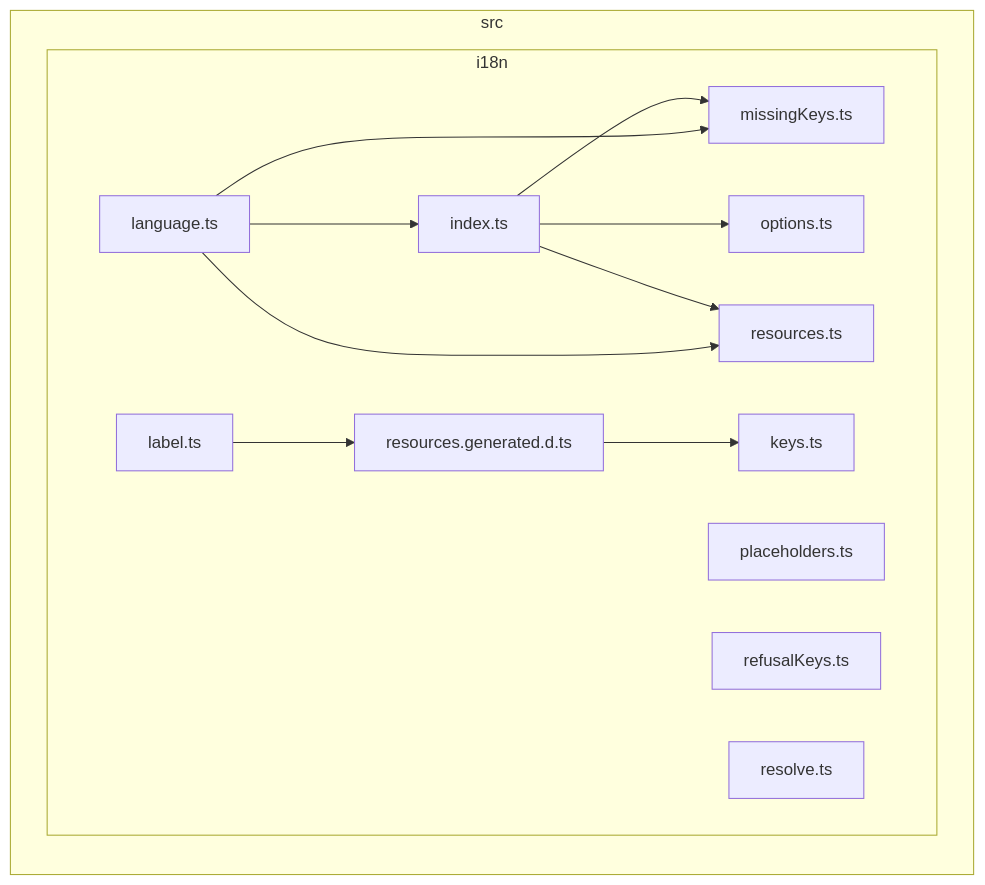
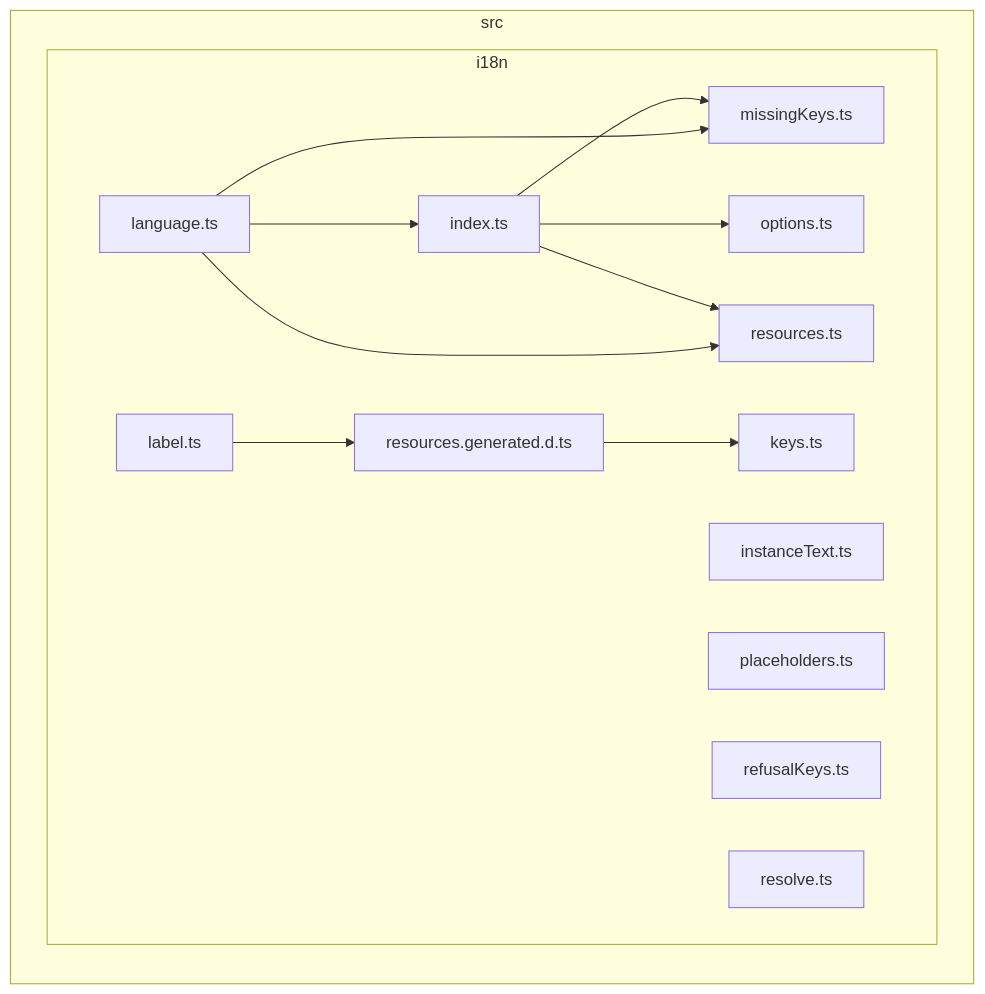
One commit to GonzaloZevallos/apostrophe changed the diagram in docs/architecture/generated/front-modules/i18n.md. Above: the diagram before and after it, drawn with Mermaid. The commit also changed 6 other files, not shown here.

````diff
--- a/docs/architecture/generated/front-modules/i18n.md
+++ b/docs/architecture/generated/front-modules/i18n.md
@@ -7,26 +7,27 @@
 ```mermaid
 flowchart LR
 subgraph src["src"]
   subgraph src_i18n["i18n"]
     src_i18n_index_ts["index.ts"]
+    src_i18n_instanceText_ts["instanceText.ts"]
     src_i18n_keys_ts["keys.ts"]
     src_i18n_label_ts["label.ts"]
     src_i18n_language_ts["language.ts"]
     src_i18n_missingKeys_ts["missingKeys.ts"]
     src_i18n_options_ts["options.ts"]
     src_i18n_placeholders_ts["placeholders.ts"]
     src_i18n_refusalKeys_ts["refusalKeys.ts"]
     src_i18n_resolve_ts["resolve.ts"]
     src_i18n_resources_generated_d_ts["resources.generated.d.ts"]
     src_i18n_resources_ts["resources.ts"]
   end
 end
 src_i18n_index_ts-->src_i18n_missingKeys_ts
 src_i18n_index_ts-->src_i18n_options_ts
 src_i18n_index_ts-->src_i18n_resources_ts
 src_i18n_label_ts-->src_i18n_resources_generated_d_ts
 src_i18n_language_ts-->src_i18n_index_ts
 src_i18n_language_ts-->src_i18n_missingKeys_ts
 src_i18n_language_ts-->src_i18n_resources_ts
 src_i18n_resources_generated_d_ts-->src_i18n_keys_ts
 ```
````
